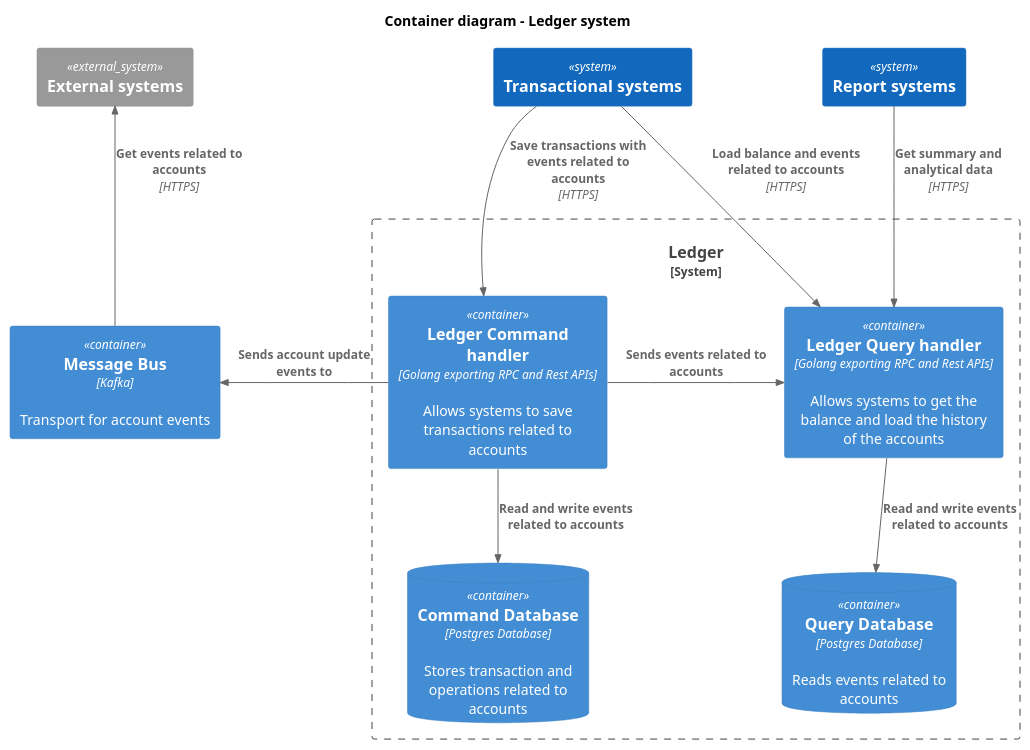
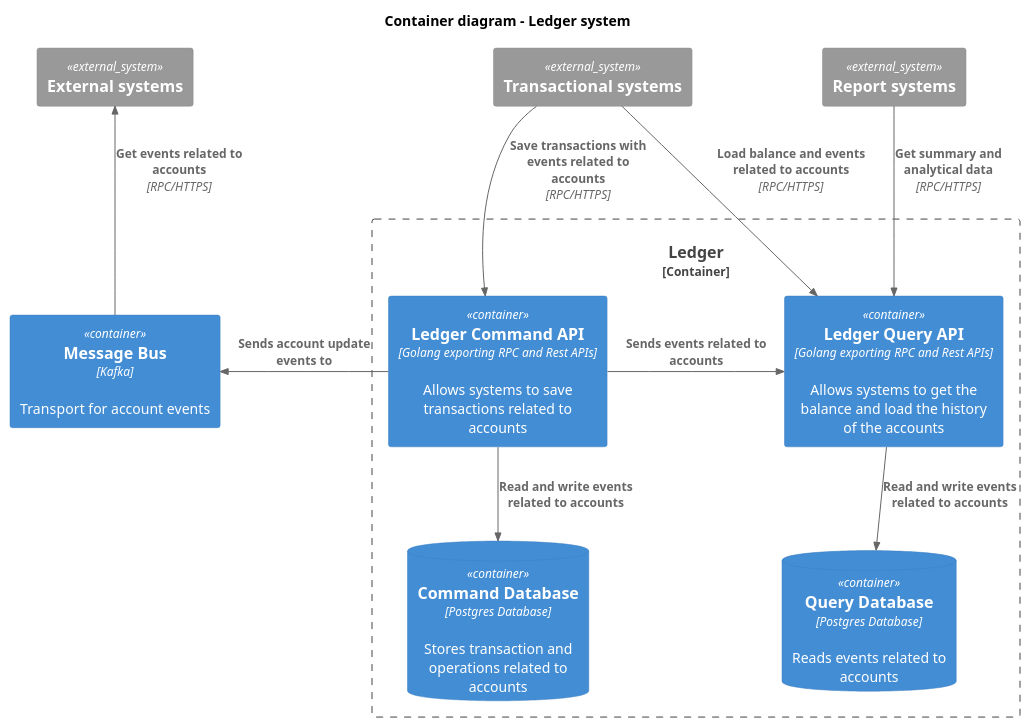
The diagram in docs/c4model/level_2_step_by_step/level_2_b_container_diagram.puml (fernandodr19/the-amazing-ledger), drawn with PlantUML before and after one commit. The commit also changed 15 other files, not shown here.

Commit message:
docs: improvements in c4 diagrams

```diff
--- a/docs/c4model/level_2_step_by_step/level_2_b_container_diagram.puml
+++ b/docs/c4model/level_2_step_by_step/level_2_b_container_diagram.puml
@@ -1,37 +1,37 @@
 @startuml Basic Sample
 !includeurl https://raw.githubusercontent.com/RicardoNiepel/C4-PlantUML/release/1-0/C4_Container.puml
 
 title Container diagram - Ledger system
 
-System(transactional_systems, "Transactional systems")
-System(report_systems, "Report systems")
+System_Ext(transactional_systems, "Transactional systems")
+System_Ext(report_systems, "Report systems")
 System_Ext(external_systems, "External systems")
 
-System_Boundary(ledger, "Ledger") {
-    Container(ledger_command_api, "Ledger Command handler", "Golang exporting RPC and Rest APIs", "Allows systems to save transactions related to accounts")
-    Container(ledger_query_api, "Ledger Query handler", "Golang exporting RPC and Rest APIs", "Allows systems to get the balance and load the history of the accounts")
+Container_Boundary(ledger, "Ledger") {
+    Container(ledger_command_api, "Ledger Command API", "Golang exporting RPC and Rest APIs", "Allows systems to save transactions related to accounts")
+    Container(ledger_query_api, "Ledger Query API", "Golang exporting RPC and Rest APIs", "Allows systems to get the balance and load the history of the accounts")
     ContainerDb(query_database, "Query Database", "Postgres Database", "Reads events related to accounts")
     ContainerDb(command_database, "Command Database", "Postgres Database", "Stores transaction and operations related to accounts")
 }
 
 Container(message_bus, "Message Bus", "Kafka", "Transport for account events")
 
 Rel_L(ledger_command_api, message_bus, "Sends account update events to")
 
 Rel(ledger_command_api, command_database, "Read and write events related to accounts")
 Rel(ledger_query_api, query_database, "Read and write events related to accounts")
 
-Rel(transactional_systems, ledger_command_api, "Save transactions with events related to accounts", "HTTPS")
-Rel(transactional_systems, ledger_query_api, "Load balance and events related to accounts", "HTTPS")
+Rel(transactional_systems, ledger_command_api, "Save transactions with events related to accounts", "RPC/HTTPS")
+Rel(transactional_systems, ledger_query_api, "Load balance and events related to accounts", "RPC/HTTPS")
 
-Rel(report_systems, ledger_query_api, "Get summary and analytical data", "HTTPS")
-Rel_Back(external_systems, message_bus, "Get events related to accounts", "HTTPS")
+Rel(report_systems, ledger_query_api, "Get summary and analytical data", "RPC/HTTPS")
+Rel_Back(external_systems, message_bus, "Get events related to accounts", "RPC/HTTPS")
 
 Rel_Neighbor(ledger_command_api, ledger_query_api, "Sends events related to accounts")
 
 Lay_R(ledger_command_api, ledger_query_api)
 
 
 ' Rel_Neighbor(ledger_command_handler, ledger_query_handler, "Sends events related to accounts")
-' Rel_Neighbor(ledger_command_handler, ledger_pub_handler, "Sends events related to accounts")
+' Rel_Neighbor(ledger_command_handler, ledger_pub_service, "Sends events related to accounts")
 @enduml
```
